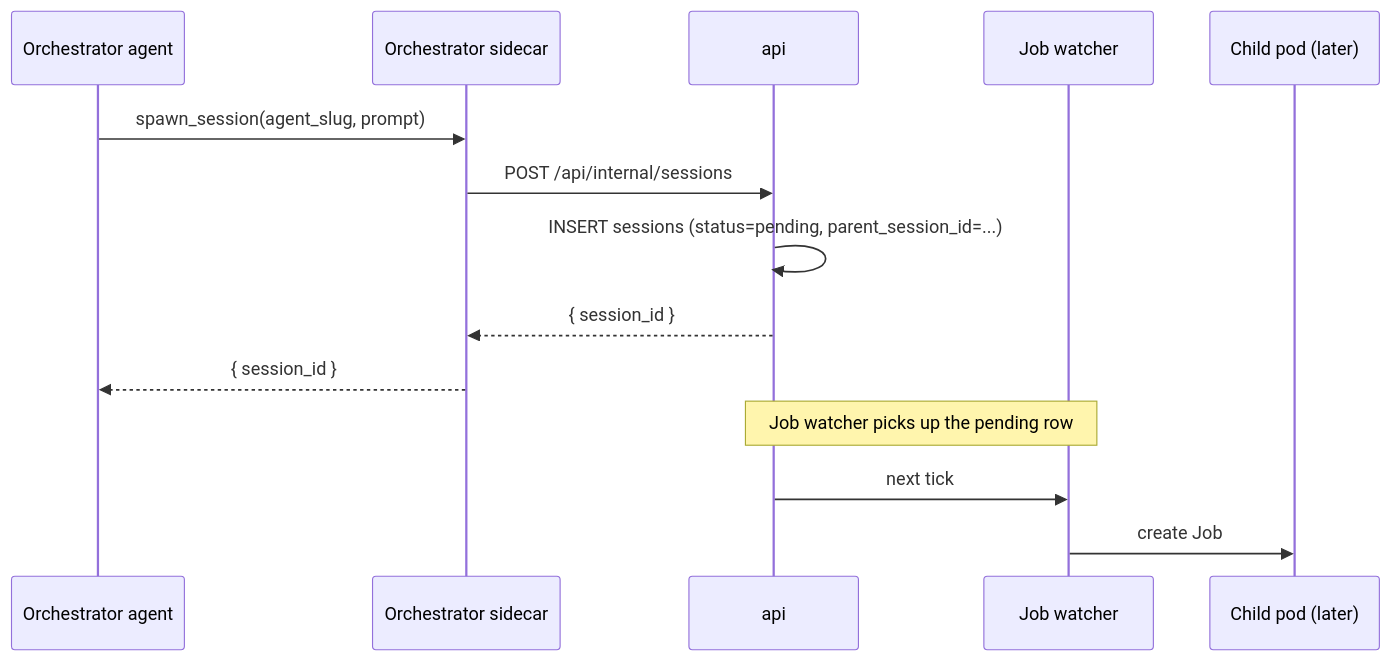
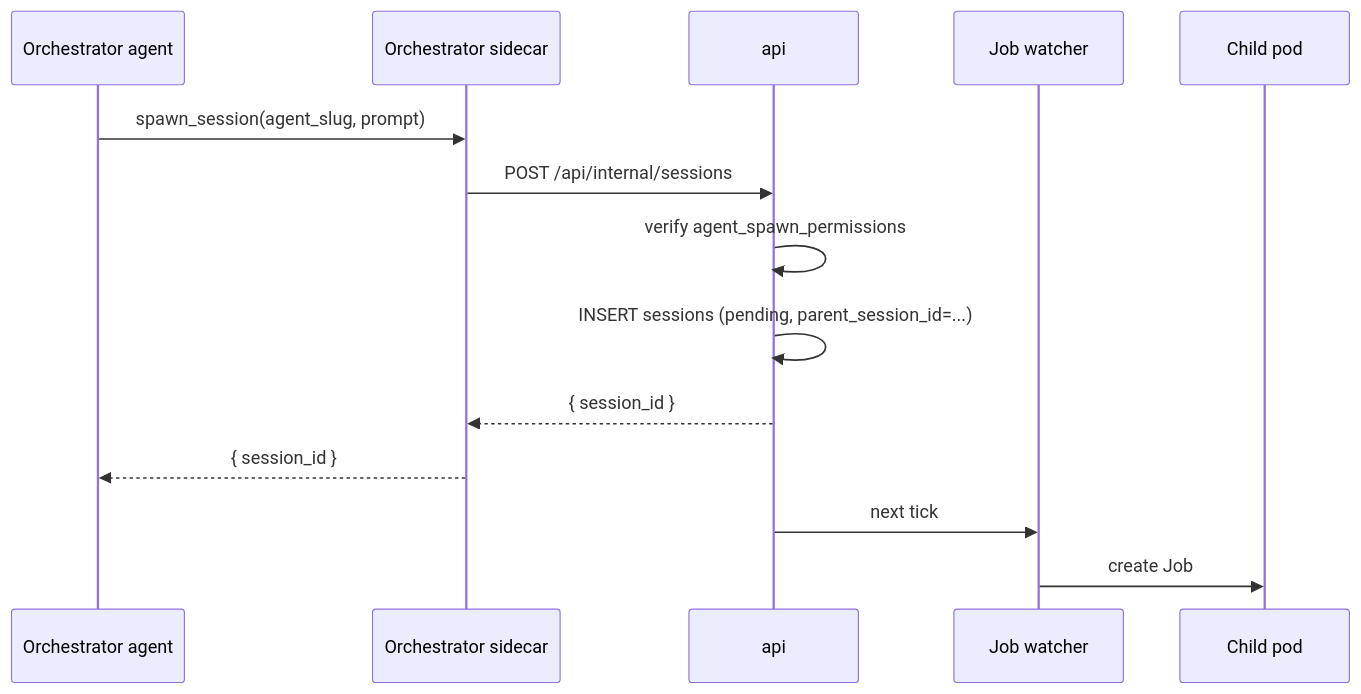
One commit to x1agent/x1agent changed the diagram in docs/src/content/docs/architecture/orchestration.md. Above: the diagram before and after it, drawn with Mermaid. The commit also changed other lines of this file, not shown here.

First line of the commit message:
docs(architecture): orchestration v2 — allowlist, read_session, auto-prompt

````diff
--- a/docs/src/content/docs/architecture/orchestration.md
+++ b/docs/src/content/docs/architecture/orchestration.md
@@ -82,17 +138,17 @@
 ```mermaid
 sequenceDiagram
     participant O as Orchestrator agent
     participant OS as Orchestrator sidecar
     participant A as api
     participant JW as Job watcher
-    participant C as Child pod (later)
+    participant C as Child pod
 
     O->>OS: spawn_session(agent_slug, prompt)
     OS->>A: POST /api/internal/sessions
-    A->>A: INSERT sessions (status=pending, parent_session_id=...)
+    A->>A: verify agent_spawn_permissions
+    A->>A: INSERT sessions (pending, parent_session_id=...)
     A-->>OS: { session_id }
     OS-->>O: { session_id }
-    Note over A,JW: Job watcher picks up the pending row
     A->>JW: next tick
     JW->>C: create Job
 ```
````
